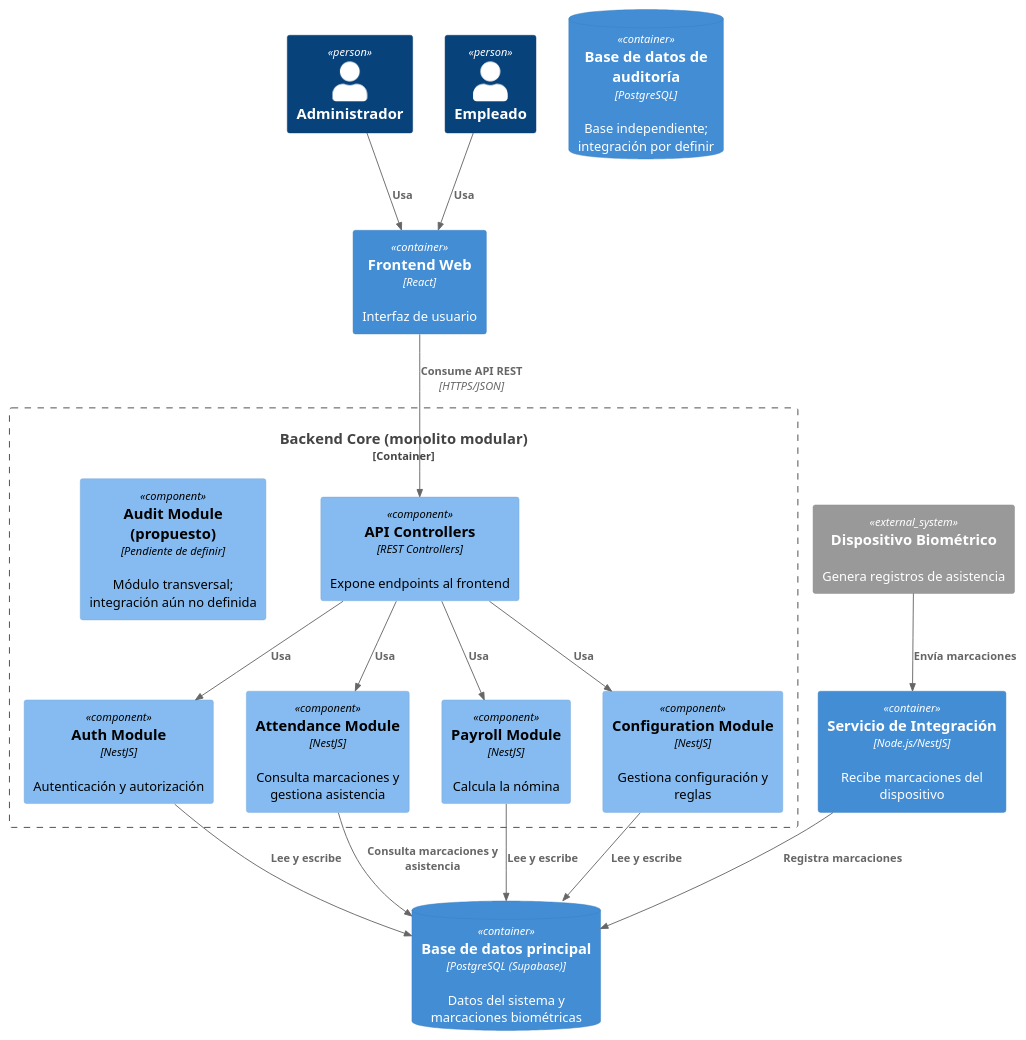
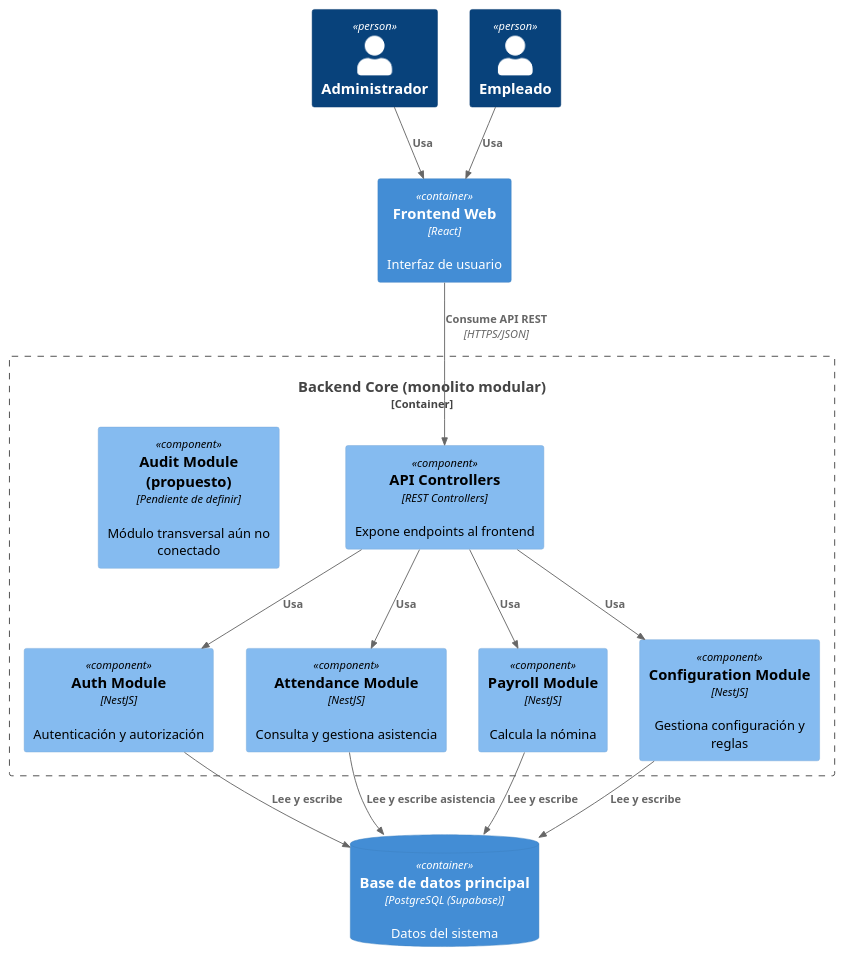
The diagram in docs/diagrams/source/components-backend.puml (sisgal-platform/sisgal-docs), drawn with PlantUML before and after one commit.

Commit message:
docs: align backend component diagram with implemented core

```diff
--- a/docs/diagrams/source/components-backend.puml
+++ b/docs/diagrams/source/components-backend.puml
@@ -1,39 +1,33 @@
 @startuml C4_Backend_Components
 !include https://raw.githubusercontent.com/plantuml-stdlib/C4-PlantUML/master/C4_Component.puml
 
 Person(admin, "Administrador")
 Person(employee, "Empleado")
 
 Container(frontend, "Frontend Web", "React", "Interfaz de usuario")
-Container(integration, "Servicio de Integración", "Node.js/NestJS", "Recibe marcaciones del dispositivo")
-ContainerDb(system_db, "Base de datos principal", "PostgreSQL (Supabase)", "Datos del sistema y marcaciones biométricas")
-ContainerDb(audit_db, "Base de datos de auditoría", "PostgreSQL", "Base independiente; integración por definir")
-System_Ext(biometric, "Dispositivo Biométrico", "Genera registros de asistencia")
+ContainerDb(system_db, "Base de datos principal", "PostgreSQL (Supabase)", "Datos del sistema")
 
 Container_Boundary(core, "Backend Core (monolito modular)") {
     Component(api, "API Controllers", "REST Controllers", "Expone endpoints al frontend")
     Component(auth, "Auth Module", "NestJS", "Autenticación y autorización")
-    Component(attendance, "Attendance Module", "NestJS", "Consulta marcaciones y gestiona asistencia")
+    Component(attendance, "Attendance Module", "NestJS", "Consulta y gestiona asistencia")
     Component(payroll, "Payroll Module", "NestJS", "Calcula la nómina")
     Component(config, "Configuration Module", "NestJS", "Gestiona configuración y reglas")
-    Component(audit, "Audit Module (propuesto)", "Pendiente de definir", "Módulo transversal; integración aún no definida")
+    Component(audit, "Audit Module (propuesto)", "Pendiente de definir", "Módulo transversal aún no conectado")
 }
 
 Rel(admin, frontend, "Usa")
 Rel(employee, frontend, "Usa")
 Rel(frontend, api, "Consume API REST", "HTTPS/JSON")
 
 Rel(api, auth, "Usa")
 Rel(api, attendance, "Usa")
 Rel(api, payroll, "Usa")
 Rel(api, config, "Usa")
 
 Rel(auth, system_db, "Lee y escribe")
-Rel(attendance, system_db, "Consulta marcaciones y asistencia")
+Rel(attendance, system_db, "Lee y escribe asistencia")
 Rel(payroll, system_db, "Lee y escribe")
 Rel(config, system_db, "Lee y escribe")
 
-Rel(biometric, integration, "Envía marcaciones")
-Rel(integration, system_db, "Registra marcaciones")
-
 @enduml
```
